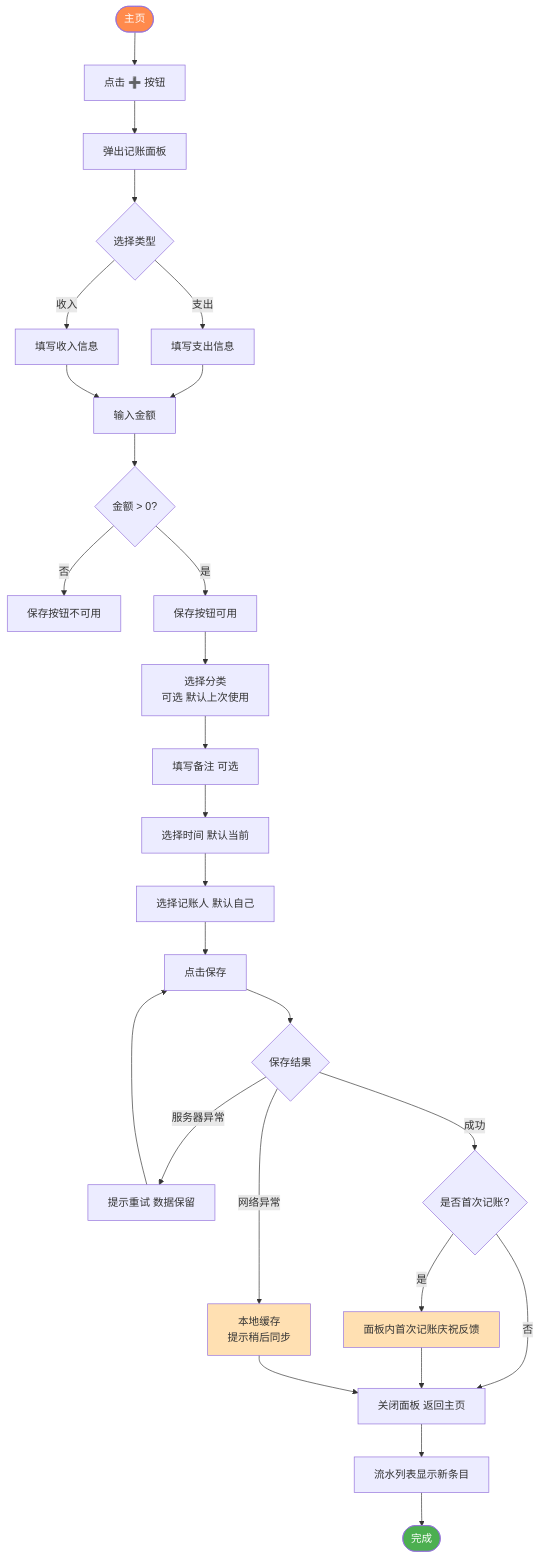
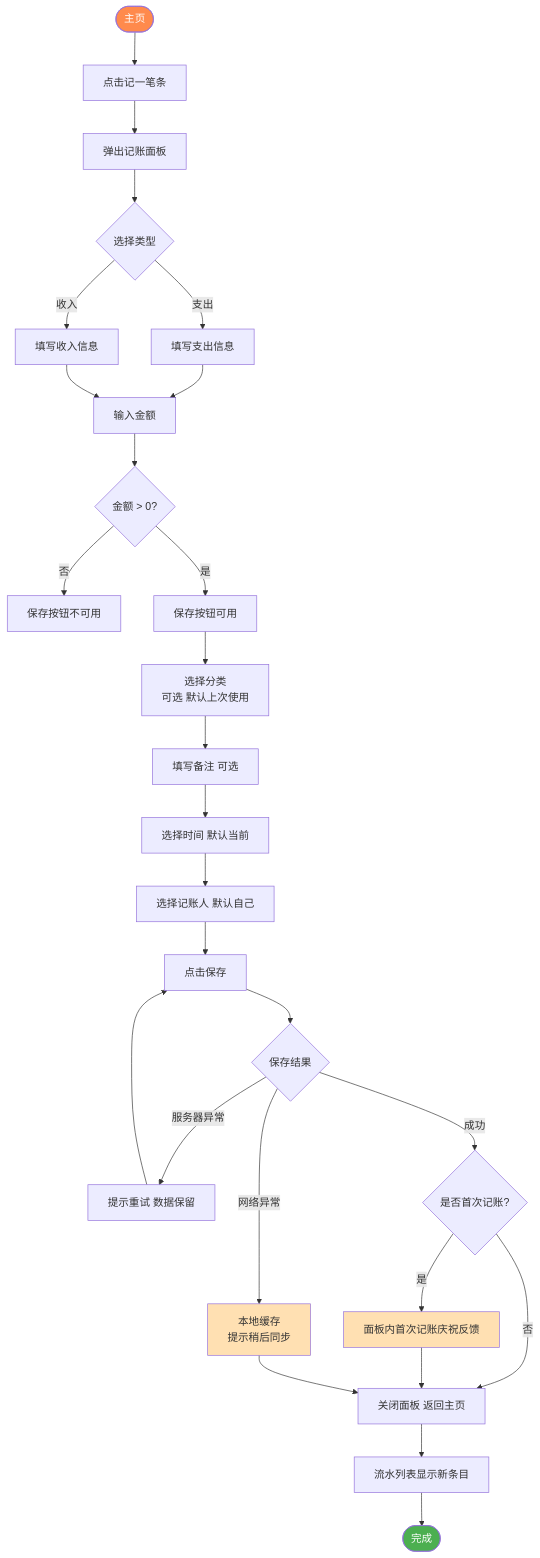
Before and after one commit to raochen0000/HomeBook: the second of 14 diagrams in spec/PRD.md, drawn with Mermaid. The commit also changed other lines of this file and 6 other files, not shown here.

````diff
--- a/spec/PRD.md
+++ b/spec/PRD.md
@@ -155,43 +156,43 @@
 ```mermaid
 flowchart TD
-    A([主页]) --> B[点击 ➕ 按钮]
+    A([主页]) --> B[点击记一笔条]
     B --> C[弹出记账面板]
 
     C --> D{选择类型}
     D -- 支出 --> F[填写支出信息]
     D -- 收入 --> F2[填写收入信息]
 
     F --> G[输入金额]
     F2 --> G
 
     G --> H{金额 > 0?}
     H -- 否 --> H1[保存按钮不可用]
     H -- 是 --> I[保存按钮可用]
 
     I --> J[选择分类<br/>可选 默认上次使用]
     J --> L[填写备注 可选]
     L --> M[选择时间 默认当前]
     M --> N[选择记账人 默认自己]
 
     N --> O[点击保存]
     O --> P{保存结果}
 
     P -- 网络异常 --> P1[本地缓存<br/>提示稍后同步]
     P -- 服务器异常 --> P2[提示重试 数据保留]
     P -- 成功 --> S{是否首次记账?}
 
     S -- 是 --> S1[面板内首次记账庆祝反馈]
     S -- 否 --> Q[关闭面板 返回主页]
     S1 --> Q
 
     P1 --> Q
     P2 --> O
 
     Q --> R[流水列表显示新条目]
     R --> Z([完成])
 
     style A fill:#FF8A4C,color:#fff
     style Z fill:#4CAF50,color:#fff
     style P1 fill:#FFE0B2
     style S1 fill:#FFE0B2
 ```
````
